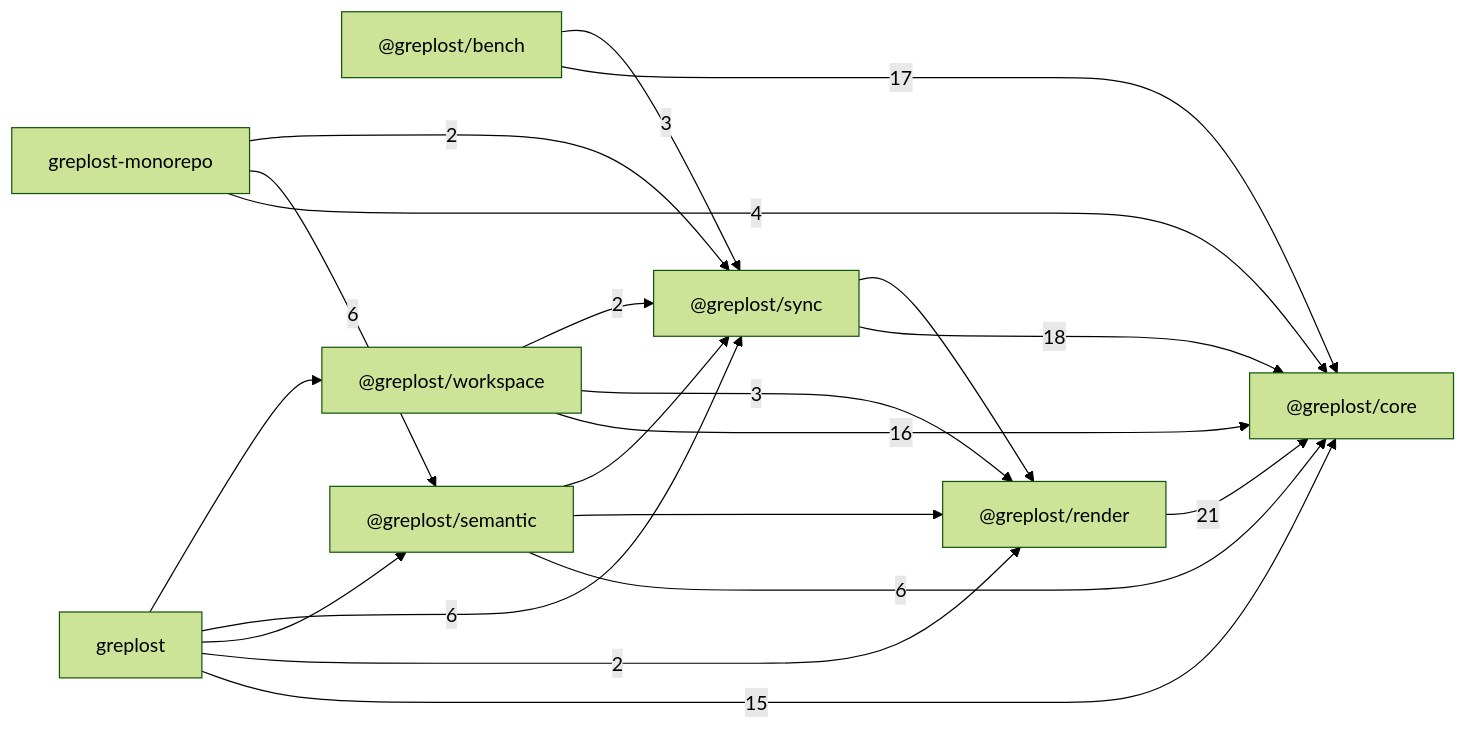
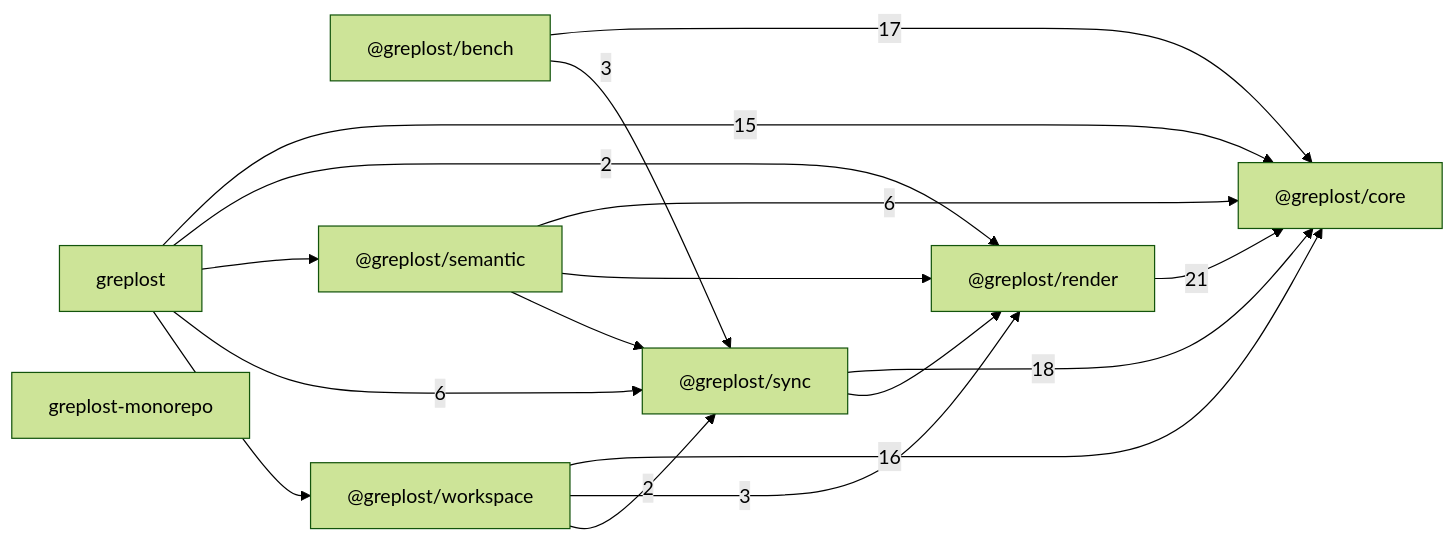
One commit to sns45/greplost changed the diagram in .greplost/repo/MAP.md. Above: the diagram before and after it, drawn with Mermaid (forest theme). The commit also changed other lines of this file and 77 other files, not shown here.

````diff
--- a/.greplost/repo/MAP.md
+++ b/.greplost/repo/MAP.md
@@ -21,30 +21,27 @@
 ```mermaid
 graph LR
   _greplost_bench["@greplost/bench"]
   _greplost_core["@greplost/core"]
   _greplost_render["@greplost/render"]
   _greplost_semantic["@greplost/semantic"]
   _greplost_sync["@greplost/sync"]
   _greplost_workspace["@greplost/workspace"]
   greplost["greplost"]
   greplost_monorepo["greplost-monorepo"]
   _greplost_bench -->|17| _greplost_core
   _greplost_bench -->|3| _greplost_sync
   _greplost_render -->|21| _greplost_core
   _greplost_semantic -->|6| _greplost_core
   _greplost_semantic --> _greplost_render
   _greplost_semantic --> _greplost_sync
   _greplost_sync -->|18| _greplost_core
   _greplost_sync --> _greplost_render
   _greplost_workspace -->|16| _greplost_core
   _greplost_workspace -->|3| _greplost_render
   _greplost_workspace -->|2| _greplost_sync
   greplost -->|15| _greplost_core
   greplost -->|2| _greplost_render
   greplost --> _greplost_semantic
   greplost -->|6| _greplost_sync
   greplost --> _greplost_workspace
-  greplost_monorepo -->|4| _greplost_core
-  greplost_monorepo -->|6| _greplost_semantic
-  greplost_monorepo -->|2| _greplost_sync
 ```
````
